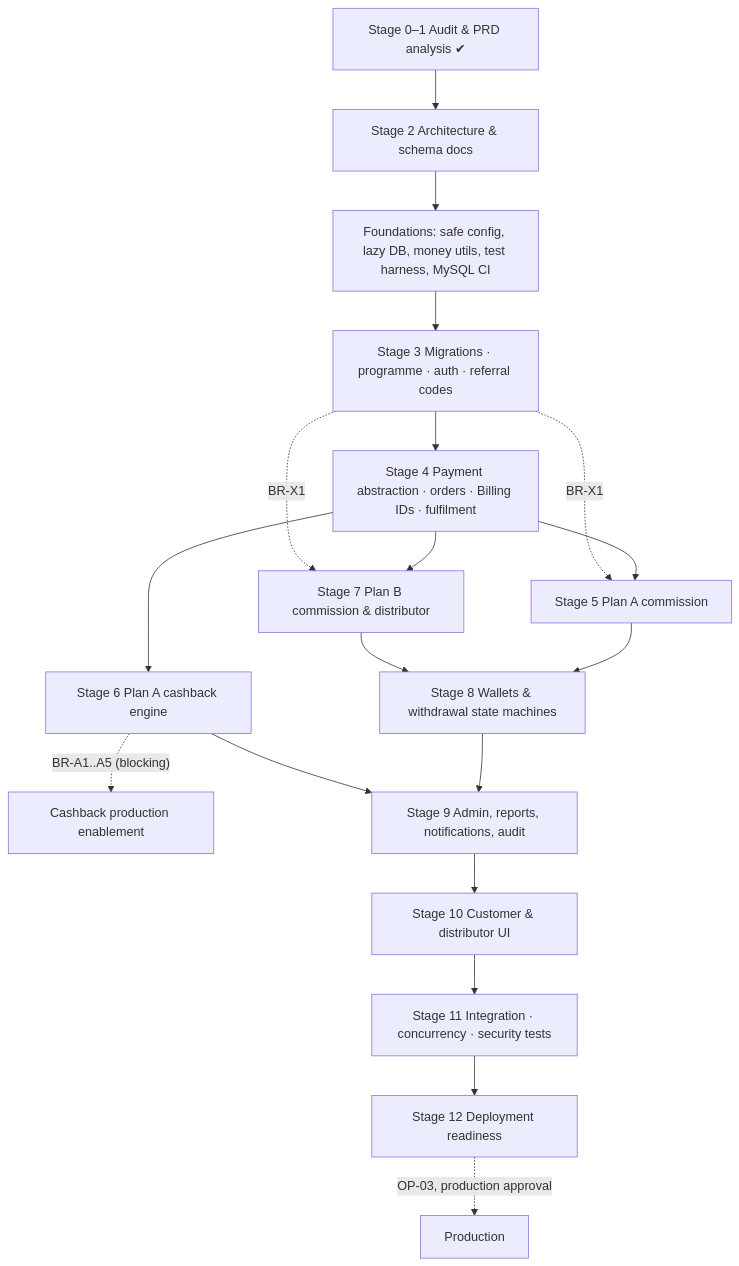
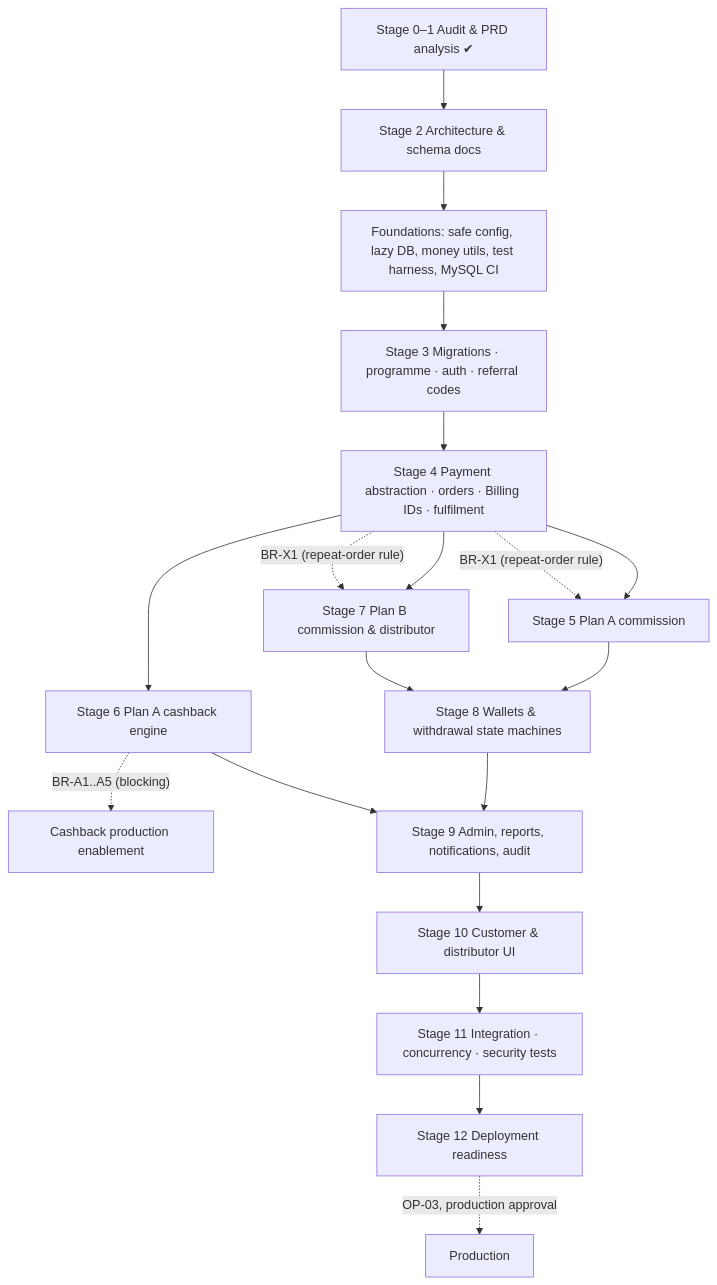
One commit to hiteshkumarh/ShopEasy changed the sixth of 6 diagrams in docs/arya-global-final/04_IMPLEMENTATION_ROADMAP.md. Above: the diagram before and after it, drawn with Mermaid. The commit also changed other lines of this file and 5 other files, not shown here.

````diff
--- a/docs/arya-global-final/04_IMPLEMENTATION_ROADMAP.md
+++ b/docs/arya-global-final/04_IMPLEMENTATION_ROADMAP.md
@@ -157,20 +157,20 @@
 ```mermaid
 flowchart TD
   S0[Stage 0–1 Audit & PRD analysis ✔] --> S2[Stage 2 Architecture & schema docs]
   S2 --> F0[Foundations: safe config, lazy DB, money utils, test harness, MySQL CI]
   F0 --> S3[Stage 3 Migrations · programme · auth · referral codes]
   S3 --> S4[Stage 4 Payment abstraction · orders · Billing IDs · fulfilment]
   S4 --> S5[Stage 5 Plan A commission]
   S4 --> S7[Stage 7 Plan B commission & distributor]
-  S3 -. BR-X1 .-> S5 & S7
+  S4 -. "BR-X1 (repeat-order rule)" .-> S5 & S7
   S5 --> S8[Stage 8 Wallets & withdrawal state machines]
   S7 --> S8
   S4 --> S6[Stage 6 Plan A cashback engine]
   S6 -. "BR-A1..A5 (blocking)" .-> S6P[Cashback production enablement]
   S8 --> S9[Stage 9 Admin, reports, notifications, audit]
   S6 --> S9
   S9 --> S10[Stage 10 Customer & distributor UI]
   S10 --> S11[Stage 11 Integration · concurrency · security tests]
   S11 --> S12[Stage 12 Deployment readiness]
   S12 -. "OP-03, production approval" .-> GO[Production]
 ```
````
